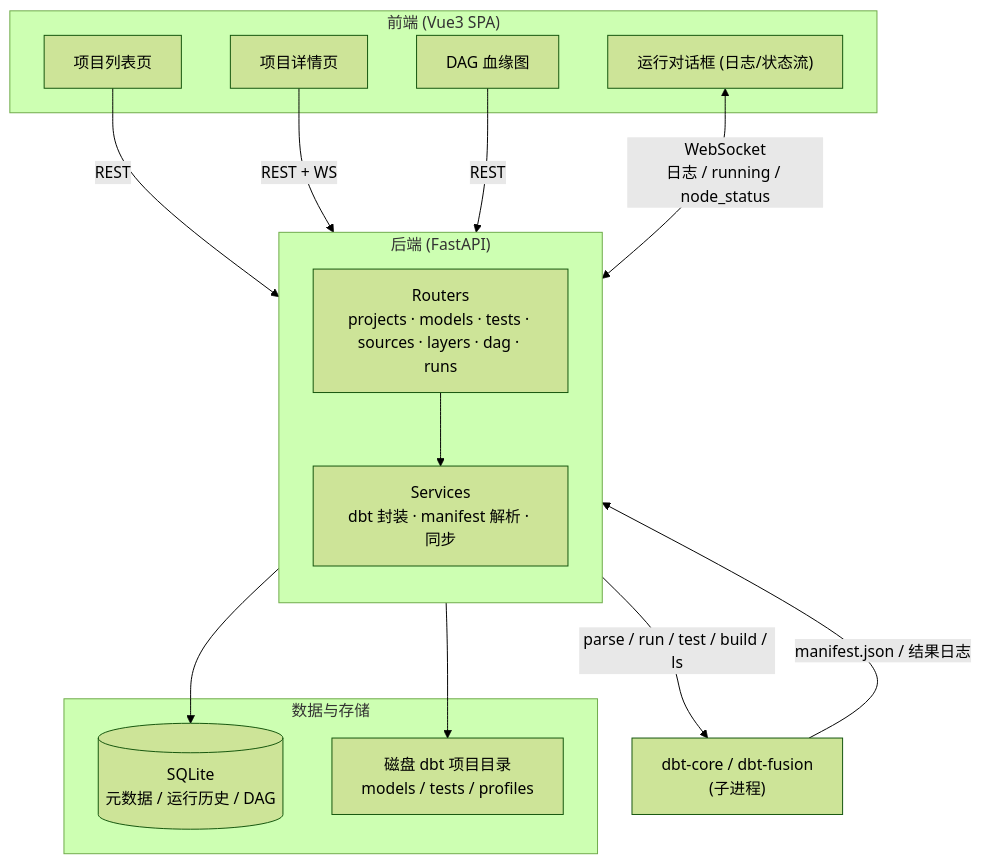
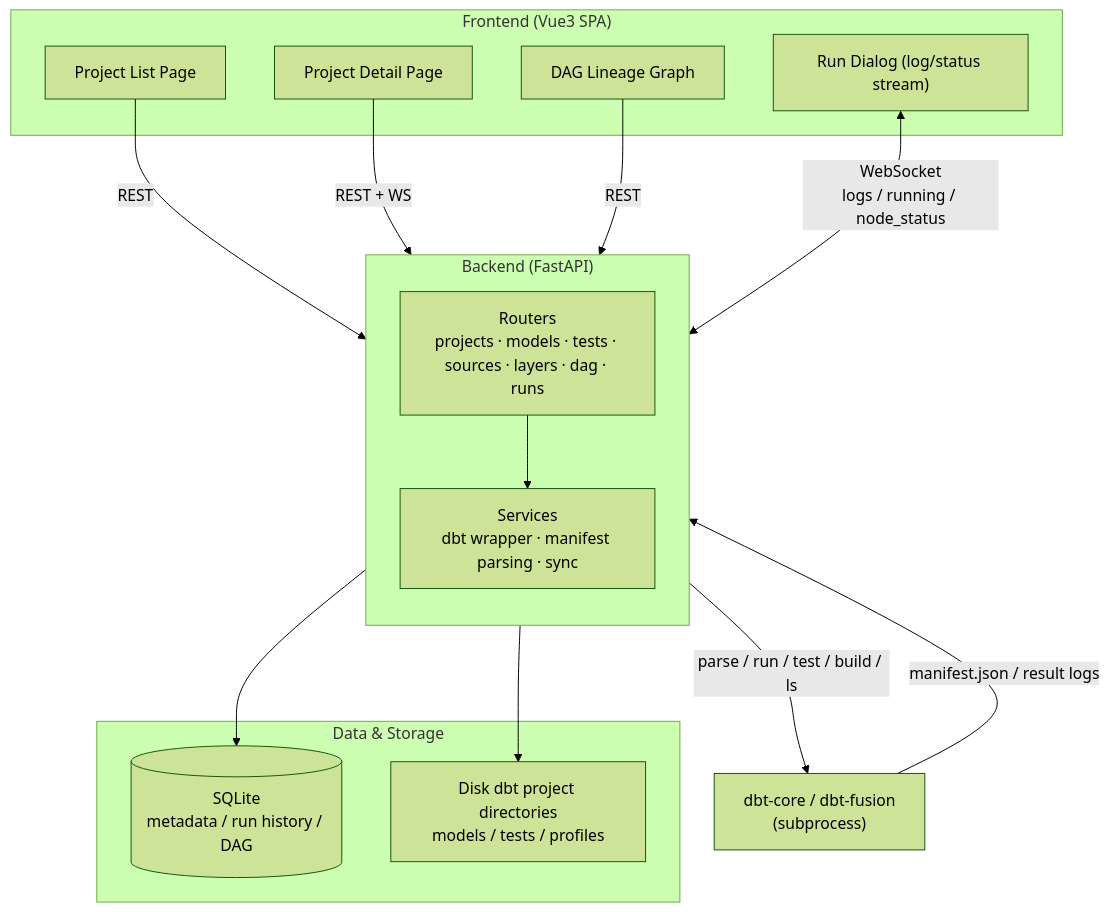
The diagram in README.md (microsoftbi/DBTUI), drawn with Mermaid (forest theme) before and after one commit. The commit also changed other lines of this file and 76 other files, not shown here.

````diff
--- a/README.md
+++ b/README.md
@@ -51,33 +53,33 @@
 ```mermaid
 flowchart TB
-    subgraph FE["前端 (Vue3 SPA)"]
-        PL["项目列表页"]
-        PD["项目详情页"]
-        DAG["DAG 血缘图"]
-        RD["运行对话框 (日志/状态流)"]
+    subgraph FE["Frontend (Vue3 SPA)"]
+        PL["Project List Page"]
+        PD["Project Detail Page"]
+        DAG["DAG Lineage Graph"]
+        RD["Run Dialog (log/status stream)"]
     end
 
-    subgraph BE["后端 (FastAPI)"]
+    subgraph BE["Backend (FastAPI)"]
         direction TB
         RT["Routers<br/>projects · models · tests · sources · layers · dag · runs"]
-        SV["Services<br/>dbt 封装 · manifest 解析 · 同步"]
+        SV["Services<br/>dbt wrapper · manifest parsing · sync"]
     end
 
-    subgraph STORE["数据与存储"]
-        DB[("SQLite<br/>元数据 / 运行历史 / DAG")]
-        DS["磁盘 dbt 项目目录<br/>models / tests / profiles"]
+    subgraph STORE["Data & Storage"]
+        DB[("SQLite<br/>metadata / run history / DAG")]
+        DS["Disk dbt project directories<br/>models / tests / profiles"]
     end
 
-    DBT["dbt-core / dbt-fusion<br/>(子进程)"]
+    DBT["dbt-core / dbt-fusion<br/>(subprocess)"]
 
     PL -->|"REST"| RT
     PD -->|"REST + WS"| RT
     DAG -->|"REST"| RT
-    RD <-->|"WebSocket<br/>日志 / running / node_status"| RT
+    RD <-->|"WebSocket<br/>logs / running / node_status"| RT
 
     RT --> SV
     SV --> DB
     SV --> DS
     SV -->|"parse / run / test / build / ls"| DBT
-    DBT -->|"manifest.json / 结果日志"| SV
+    DBT -->|"manifest.json / result logs"| SV
 ```
````
